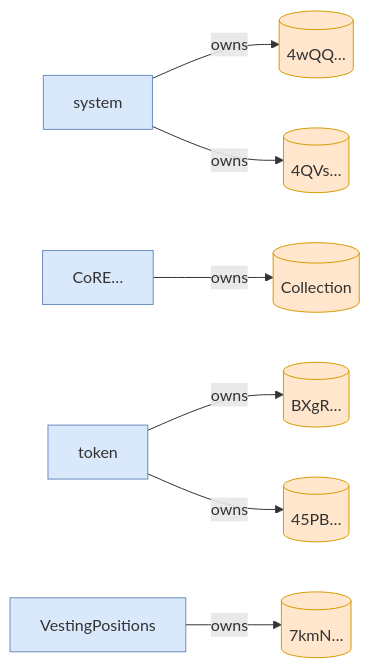
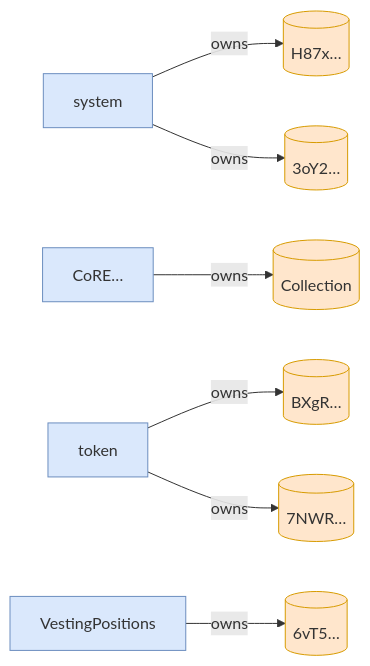
Before and after one commit to cds-turbin3/vesting-position: the third of 3 diagrams in babelfish-tests/test-report/scenario_9_claim_window_closes_after_grace.md, drawn with Mermaid. The commit also changed other lines of this file and 51 other files, not shown here.

````diff
--- a/babelfish-tests/test-report/scenario_9_claim_window_closes_after_grace.md
+++ b/babelfish-tests/test-report/scenario_9_claim_window_closes_after_grace.md
@@ -72,22 +177,22 @@
 ```mermaid
 flowchart LR
     system["system"]:::program
-    4wQQ[("4wQQ…")]:::state
+    H87x[("H87x…")]:::state
     CoRE["CoRE…"]:::program
     Collection[("Collection")]:::state
     token["token"]:::program
     BXgR[("BXgR…")]:::state
-    45PB[("45PB…")]:::state
-    4QVs[("4QVs…")]:::state
+    7NWR[("7NWR…")]:::state
+    3oY2[("3oY2…")]:::state
     VestingPositions["VestingPositions"]:::program
-    7kmN[("7kmN…")]:::state
-    system -->|owns| 4wQQ
+    6vT5[("6vT5…")]:::state
+    system -->|owns| H87x
     CoRE -->|owns| Collection
     token -->|owns| BXgR
-    token -->|owns| 45PB
-    system -->|owns| 4QVs
-    VestingPositions -->|owns| 7kmN
+    token -->|owns| 7NWR
+    system -->|owns| 3oY2
+    VestingPositions -->|owns| 6vT5
     classDef program fill:#dae8fc,stroke:#6c8ebf;
     classDef signer fill:#d5e8d4,stroke:#82b366;
     classDef state fill:#ffe6cc,stroke:#d79b00;
 ```
````
